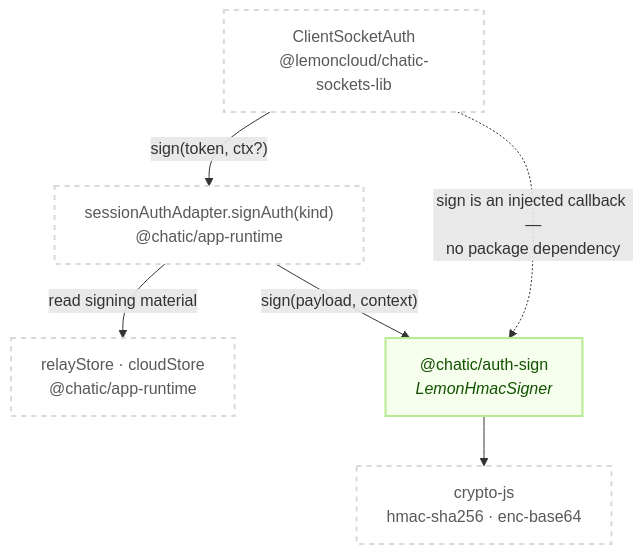
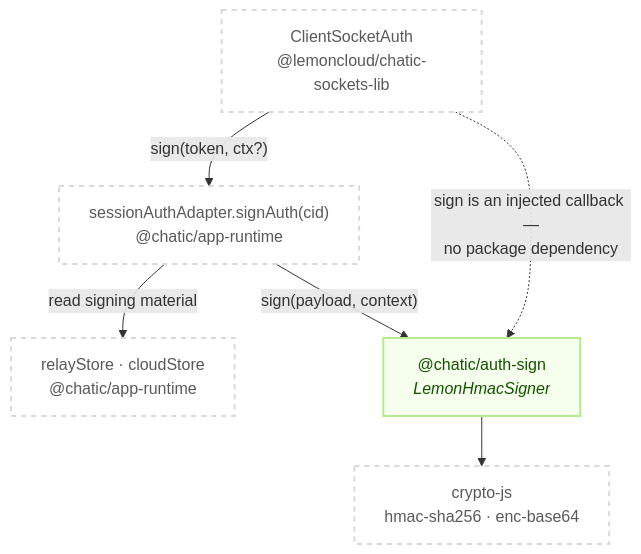
One commit to lemoncloud-io/dou-app changed the first of 2 diagrams in libs/auth-sign/README.md. Above: the diagram before and after it, drawn with Mermaid. The commit also changed other lines of this file and 39 other files, not shown here.

First line of the commit message:
feat(app-runtime): key socket auth by the slot's cloud, not the server kind (ADR-0117)

````diff
--- a/libs/auth-sign/README.md
+++ b/libs/auth-sign/README.md
@@ -77,17 +77,17 @@
 ```mermaid
 flowchart TD
     classDef leaf fill:#f6ffed,stroke:#b7eb8f,stroke-width:2px,color:#135200;
     classDef ext fill:#ffffff,stroke:#d9d9d9,stroke-width:2px,color:#595959,stroke-dasharray: 5 5;
 
     SDK["ClientSocketAuth<br/>@lemoncloud/chatic-sockets-lib"]:::ext
-    WIRE["sessionAuthAdapter.signAuth(kind)<br/>@chatic/app-runtime"]:::ext
+    WIRE["sessionAuthAdapter.signAuth(cid)<br/>@chatic/app-runtime"]:::ext
     STORE["relayStore · cloudStore<br/>@chatic/app-runtime"]:::ext
     AS["@chatic/auth-sign<br/><i>LemonHmacSigner</i>"]:::leaf
     CJ["crypto-js<br/>hmac-sha256 · enc-base64"]:::ext
 
     SDK -->|"sign(token, ctx?)"| WIRE
     WIRE -->|"read signing material"| STORE
     WIRE -->|"sign(payload, context)"| AS
     AS --> CJ
     SDK -.->|"sign is an injected callback —<br/>no package dependency"| AS
 ```
````
